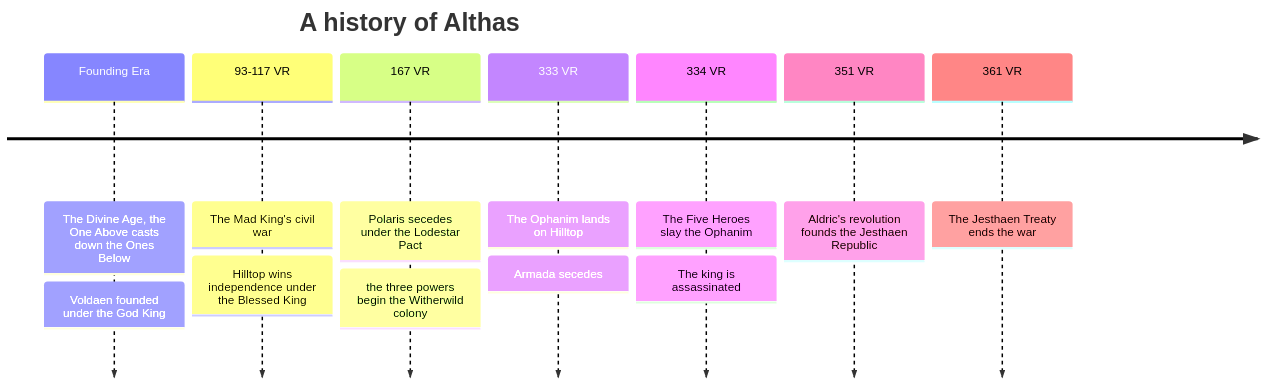
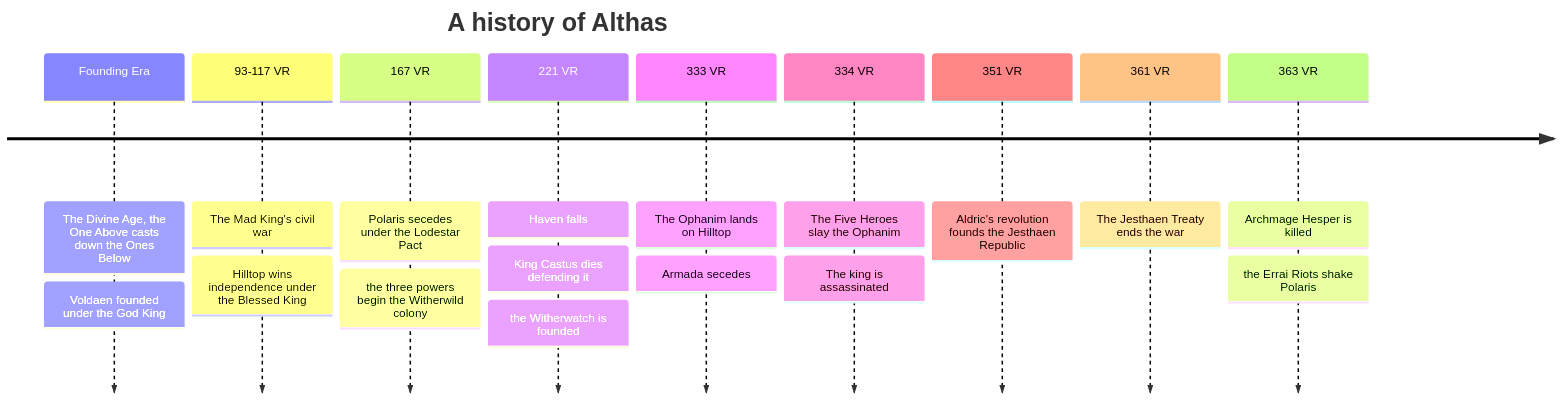
One commit to EgoAltOrg/althas-wiki changed the diagram in content/setting/timeline.md. Above: the diagram before and after it, drawn with Mermaid. The commit also changed other lines of this file and 84 other files, not shown here.

````diff
--- a/content/setting/timeline.md
+++ b/content/setting/timeline.md
@@ -11,11 +11,13 @@
 ```mermaid
 timeline
     title A history of Althas
     Founding Era : The Divine Age, the One Above casts down the Ones Below : Voldaen founded under the God King
     93-117 VR : The Mad King's civil war : Hilltop wins independence under the Blessed King
     167 VR : Polaris secedes under the Lodestar Pact : the three powers begin the Witherwild colony
+    221 VR : Haven falls : King Castus dies defending it : the Witherwatch is founded
     333 VR : The Ophanim lands on Hilltop : Armada secedes
     334 VR : The Five Heroes slay the Ophanim : The king is assassinated
     351 VR : Aldric's revolution founds the Jesthaen Republic
     361 VR : The Jesthaen Treaty ends the war
+    363 VR : Archmage Hesper is killed : the Errai Riots shake Polaris
 ```
````
